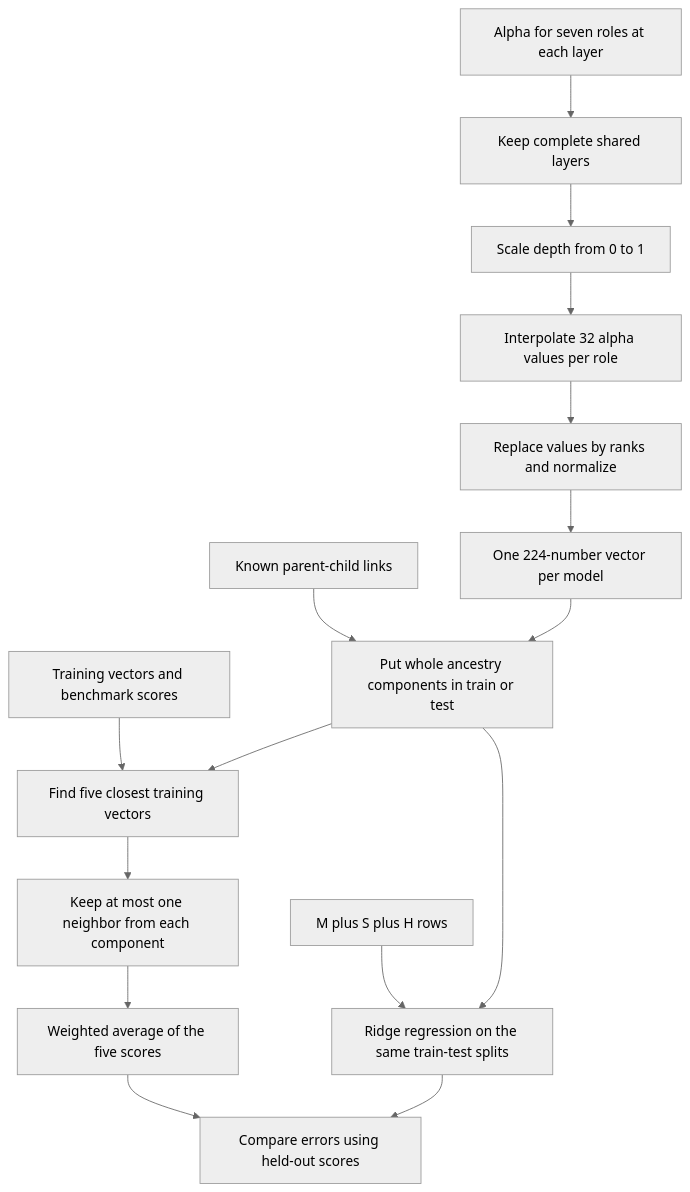
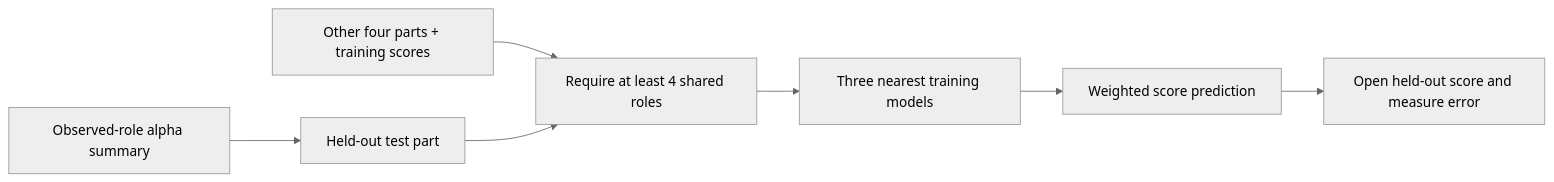
One commit to RpM-Kinshuk/Model-Research changed the fourth of 4 diagrams in docs/HTSR_STUDY.md. Above: the diagram before and after it, drawn with Mermaid (neutral theme). The commit also changed other lines of this file and 70 other files, not shown here.

````diff
--- a/docs/HTSR_STUDY.md
+++ b/docs/HTSR_STUDY.md
@@ -222,20 +232,9 @@
 ```mermaid
-flowchart TD
-    A[Alpha for seven roles at each layer] --> B[Keep complete shared layers]
-    B --> C[Scale depth from 0 to 1]
-    C --> D[Interpolate 32 alpha values per role]
-    D --> E[Replace values by ranks and normalize]
-    E --> F[One 224-number vector per model]
-
-    G[Known parent-child links] --> H[Put whole ancestry components in train or test]
-    F --> H
-    I[Training vectors and benchmark scores] --> J[Find five closest training vectors]
-    H --> J
-    J --> K[Keep at most one neighbor from each component]
-    K --> L[Weighted average of the five scores]
-
-    M[M plus S plus H rows] --> N[Ridge regression on the same train-test splits]
-    H --> N
-    L --> O[Compare errors using held-out scores]
-    N --> O
+flowchart LR
+    A[Observed-role alpha summary] --> B[Held-out test part]
+    C[Other four parts + training scores] --> D[Require at least 4 shared roles]
+    B --> D
+    D --> E[Three nearest training models]
+    E --> F[Weighted score prediction]
+    F --> G[Open held-out score and measure error]
 ```
````
